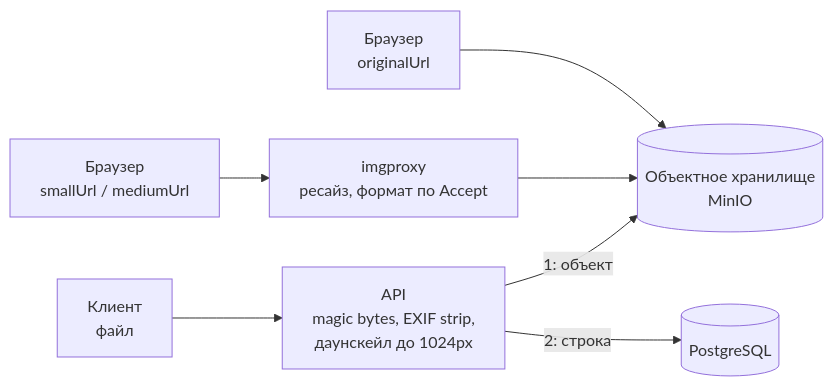
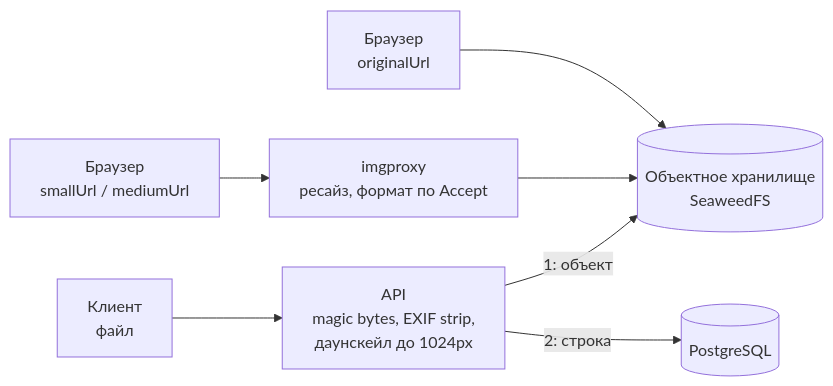
One commit to dm-am/dm3 changed the diagram in docs/architecture/UPLOADS.md. Above: the diagram before and after it, drawn with Mermaid. The commit also changed 67 other files, not shown here.

First line of the commit message:
feat: хранилище SeaweedFS вместо MinIO, файлы технологий DM3 и DM2, сводка состояния из кода

````diff
--- a/docs/architecture/UPLOADS.md
+++ b/docs/architecture/UPLOADS.md
@@ -9,9 +9,9 @@
 ```mermaid
 flowchart LR
     up["Клиент<br/>файл"] --> api["API<br/>magic bytes, EXIF strip,<br/>даунскейл до 1024px"]
-    api -->|"1: объект"| s3[("Объектное хранилище<br/>MinIO")]
+    api -->|"1: объект"| s3[("Объектное хранилище<br/>SeaweedFS")]
     api -->|"2: строка"| pg[("PostgreSQL")]
     view["Браузер<br/>smallUrl / mediumUrl"] --> proxy["imgproxy<br/>ресайз, формат по Accept"]
     proxy --> s3
     view2["Браузер<br/>originalUrl"] --> s3
 ```
````
